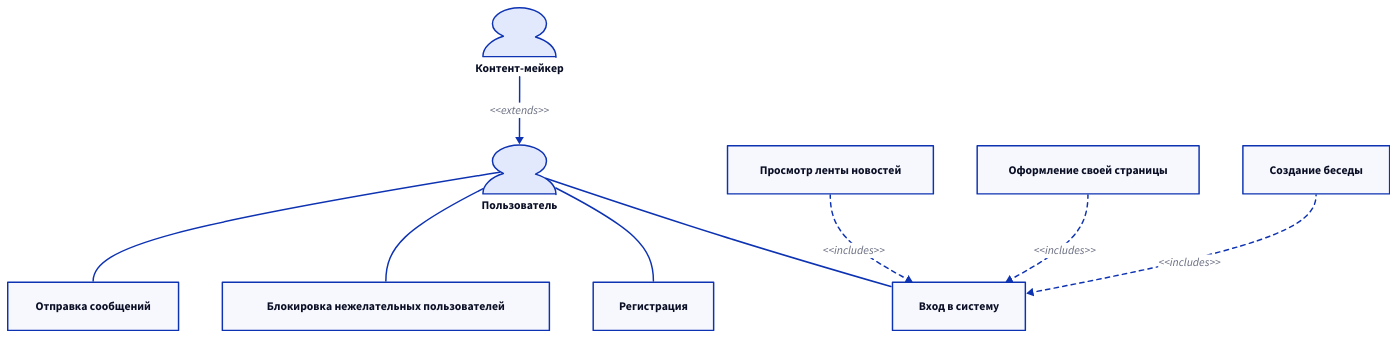
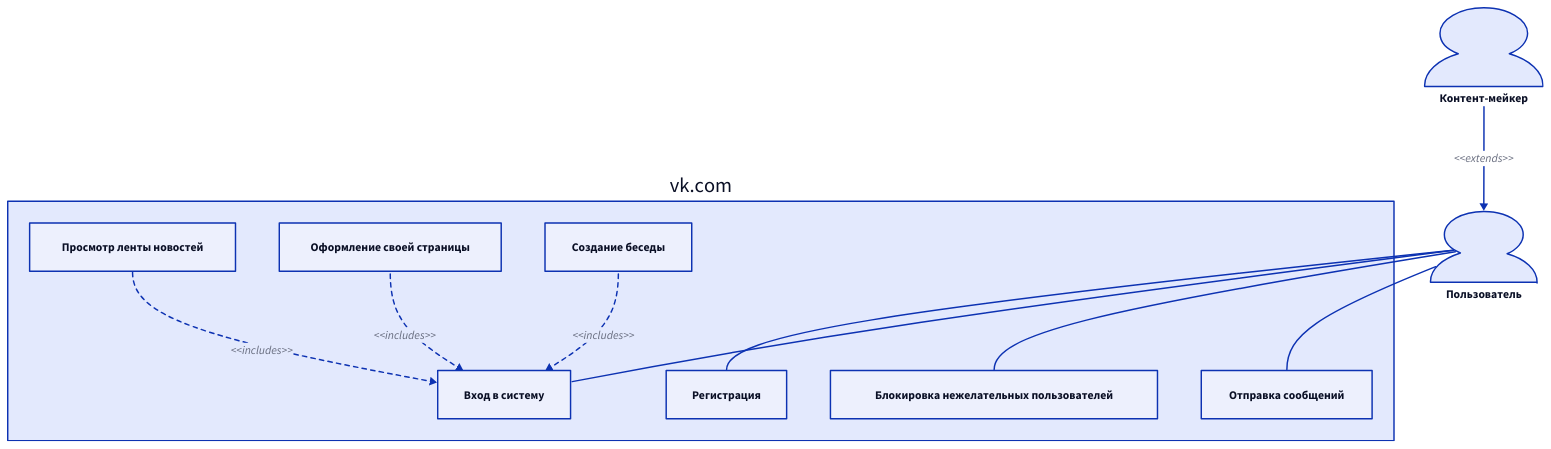
Before and after one commit to FEgor04/labs: the diagram in se-basics/lab1/usecase.d2, drawn with D2.

Commit message:
feat(usecase-diagram): add system boundary

```diff
--- a/se-basics/lab1/usecase.d2
+++ b/se-basics/lab1/usecase.d2
@@ -1,34 +1,33 @@
 Пользователь: {
   shape: person
-  width: 100
 }
 
 Контент-мейкер: {
   shape: person
-  width: 100
 }
 
-Пользователь <-- Контент-мейкер: <<extends>>
+Пользователь <- Контент-мейкер: <<extends>>
+Пользователь -- "vk.com".Регистрация
+Пользователь -- "vk.com".Вход в систему
+Пользователь -- "vk.com".Блокировка нежелательных пользователей
+Пользователь -- "vk.com".Отправка сообщений
 
-Пользователь -- Регистрация
-Пользователь -- Вход в систему
-Вход в систему <-- Просмотр ленты новостей: <<includes>> {
-  style: {
-    stroke-dash: 3
+"vk.com": {
+  Вход в систему <- Просмотр ленты новостей: <<includes>> {
+    style: {
+      stroke-dash: 3
+    }
+  }
+
+  Вход в систему <- Оформление своей страницы: <<includes>> {
+    style: {
+      stroke-dash: 3
+    }
+  }
+
+  Вход в систему <- Создание беседы: <<includes>> {
+    style: {
+      stroke-dash: 3
+    }
   }
 }
-
-Вход в систему <-- Оформление своей страницы: <<includes>> {
-  style: {
-    stroke-dash: 3
-  }
-}
-
-Вход в систему <-- Создание беседы: <<includes>> {
-  style: {
-    stroke-dash: 3
-  }
-}
-
-Пользователь -- Блокировка нежелательных пользователей
-Пользователь -- Отправка сообщений
```
